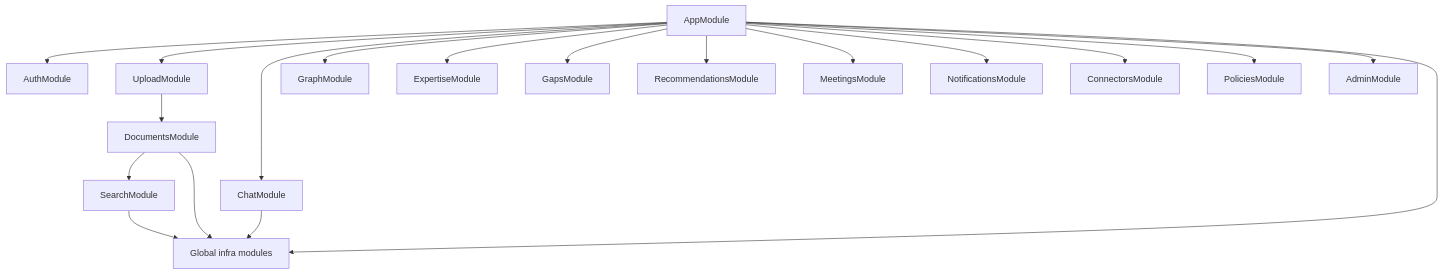
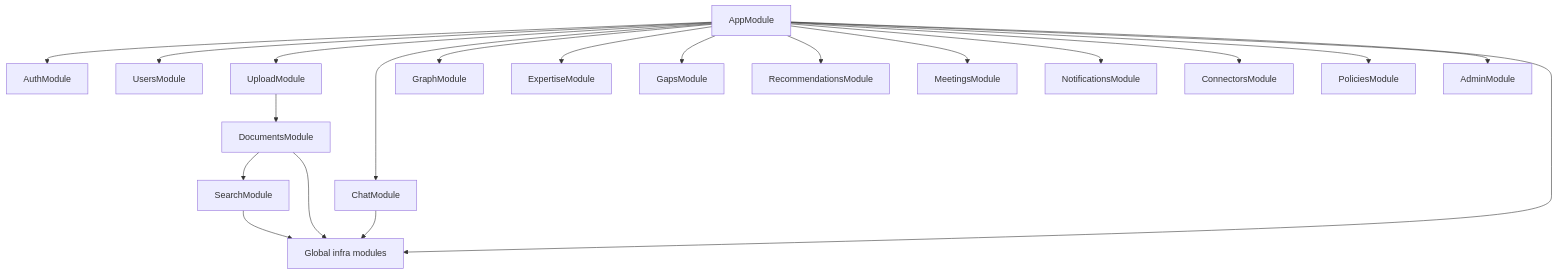
The fifth of 5 diagrams in docs/specifications/ARCHITECTURE_SPEC.md (Carlos05-code/AI-Knowledge-Graph-for-Organizations), drawn with Mermaid before and after one commit. The commit also changed 78 other files, not shown here.

````diff
--- a/docs/specifications/ARCHITECTURE_SPEC.md
+++ b/docs/specifications/ARCHITECTURE_SPEC.md
@@ -128,21 +128,22 @@
 ```mermaid
 graph TD
     APP[AppModule] --> AUTH[AuthModule]
+    APP --> USERS[UsersModule]
     APP --> UPLOAD[UploadModule]
     UPLOAD --> DOCS[DocumentsModule]
     DOCS --> SEARCH[SearchModule]
     APP --> CHAT[ChatModule]
     APP --> GRAPH[GraphModule]
     APP --> EXP[ExpertiseModule]
     APP --> GAPS[GapsModule]
     APP --> REC[RecommendationsModule]
     APP --> MEET[MeetingsModule]
     APP --> NOTIF[NotificationsModule]
     APP --> CONN[ConnectorsModule]
     APP --> POL[PoliciesModule]
     APP --> ADMIN[AdminModule]
     APP --> INFRA[Global infra modules]
     DOCS --> INFRA
     CHAT --> INFRA
     SEARCH --> INFRA
 ```
````
